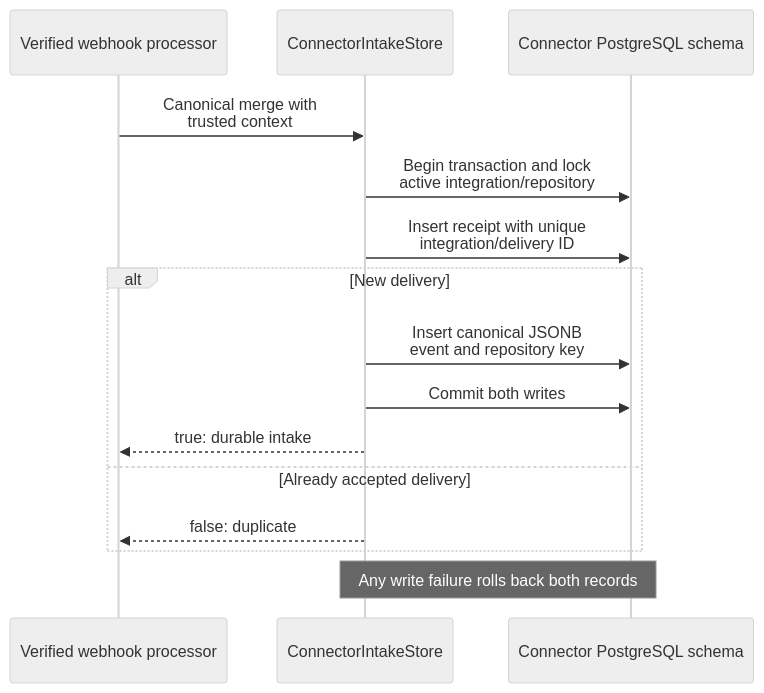
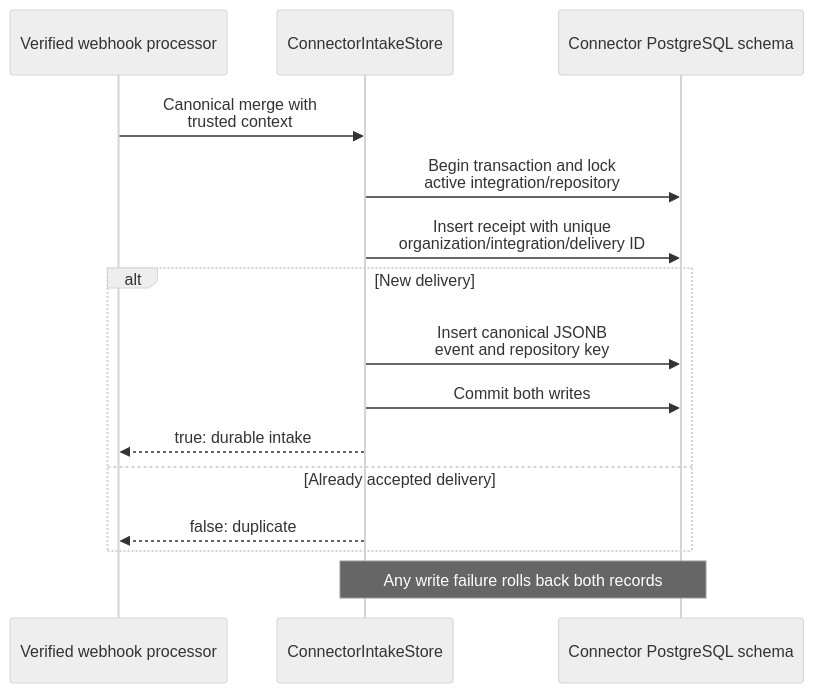
One commit to ChangeGuardHQ/changuard-platform changed the fourth of 12 diagrams in backend/README.md. Above: the diagram before and after it, drawn with Mermaid (neutral theme). The commit also changed other lines of this file and 15 other files, not shown here.

````diff
--- a/backend/README.md
+++ b/backend/README.md
@@ -353,17 +373,17 @@
 ```mermaid
 sequenceDiagram
     participant Caller as Verified webhook processor
     participant Store as ConnectorIntakeStore
     participant DB as Connector PostgreSQL schema
     Caller->>Store: Canonical merge with<br/>trusted context
     Store->>DB: Begin transaction and lock<br/>active integration/repository
-    Store->>DB: Insert receipt with unique<br/>integration/delivery ID
+    Store->>DB: Insert receipt with unique<br/>organization/integration/delivery ID
     alt New delivery
         Store->>DB: Insert canonical JSONB<br/>event and repository key
         Store->>DB: Commit both writes
         Store-->>Caller: true: durable intake
     else Already accepted delivery
         Store-->>Caller: false: duplicate
     end
     Note over Store,DB: Any write failure rolls back both records
 ```
````
